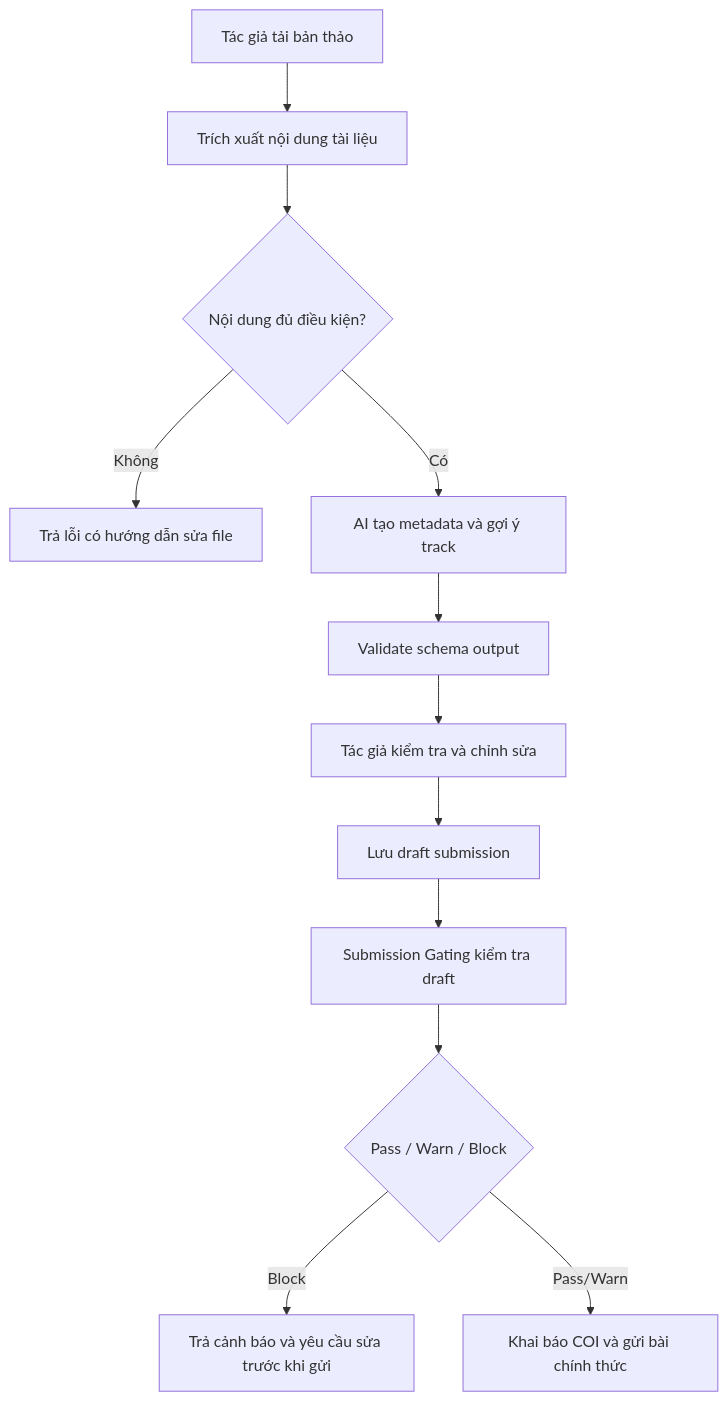
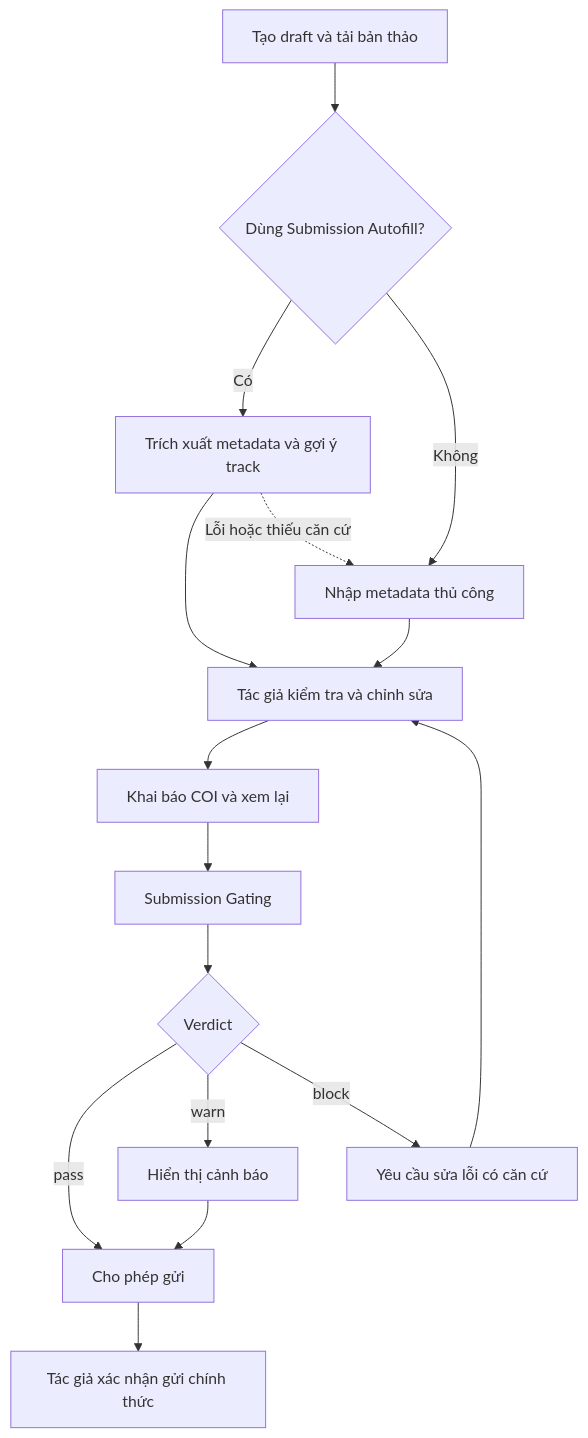
Before and after one commit to 5CLCsCan/ConferenceSpace: the fifth of 33 diagrams in docs/report/compiled/final_combined/03-xay-dung-he-thong.md, drawn with Mermaid. The commit also changed other lines of this file, not shown here.

````diff
--- a/docs/report/compiled/final_combined/03-xay-dung-he-thong.md
+++ b/docs/report/compiled/final_combined/03-xay-dung-he-thong.md
@@ -144,14 +268,18 @@
 ```mermaid
 flowchart TD
-    A["Tác giả tải bản thảo"] --> B["Trích xuất nội dung tài liệu"]
-    B --> C{"Nội dung đủ điều kiện?"}
-    C -- "Không" --> D["Trả lỗi có hướng dẫn sửa file"]
-    C -- "Có" --> E["AI tạo metadata và gợi ý track"]
-    E --> F["Validate schema output"]
-    F --> G["Tác giả kiểm tra và chỉnh sửa"]
-    G --> H["Lưu draft submission"]
-    H --> I["Submission Gating kiểm tra draft"]
-    I --> J{"Pass / Warn / Block"}
-    J -- "Block" --> K["Trả cảnh báo và yêu cầu sửa trước khi gửi"]
-    J -- "Pass/Warn" --> L["Khai báo COI và gửi bài chính thức"]
+    A["Tạo draft và tải bản thảo"] --> B{"Dùng Submission Autofill?"}
+    B -- "Có" --> C["Trích xuất metadata và gợi ý track"]
+    B -- "Không" --> D["Nhập metadata thủ công"]
+    C --> E["Tác giả kiểm tra và chỉnh sửa"]
+    D --> E
+    C -.->|"Lỗi hoặc thiếu căn cứ"| D
+    E --> F["Khai báo COI và xem lại"]
+    F --> G["Submission Gating"]
+    G --> H{"Verdict"}
+    H -- "pass" --> I["Cho phép gửi"]
+    H -- "warn" --> J["Hiển thị cảnh báo"]
+    J --> I
+    H -- "block" --> K["Yêu cầu sửa lỗi có căn cứ"]
+    K --> E
+    I --> L["Tác giả xác nhận gửi chính thức"]
 ```
````
